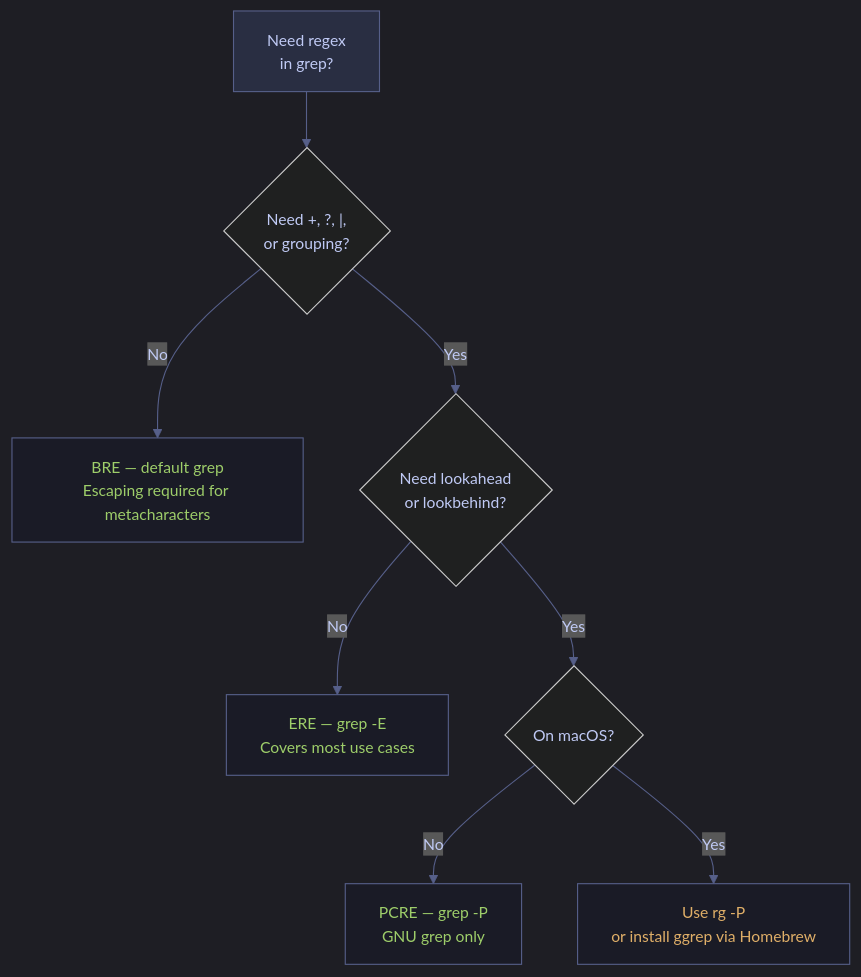
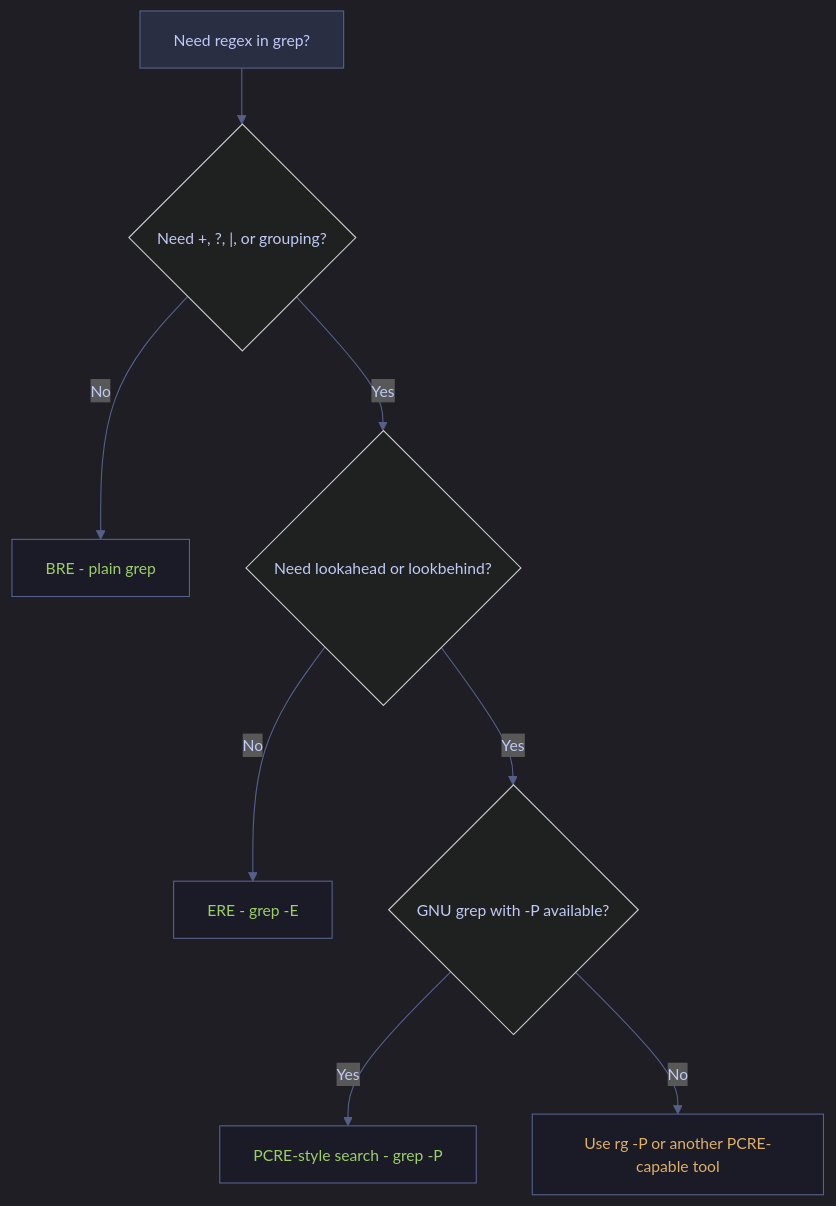
The first of 2 diagrams in content/01-Shell/03-Text-Processing/02-grep-and-pattern-matching.md (alp78/elysium), drawn with Mermaid before and after one commit. The commit also changed other lines of this file and 46 other files, not shown here.

````diff
--- a/content/01-Shell/03-Text-Processing/02-grep-and-pattern-matching.md
+++ b/content/01-Shell/03-Text-Processing/02-grep-and-pattern-matching.md
@@ -518,28 +502,28 @@
 ```mermaid
 %%{init: {'theme': 'dark', 'themeVariables': {
   'primaryColor': '#292e42',
   'primaryTextColor': '#c0caf5',
   'primaryBorderColor': '#565f89',
   'lineColor': '#565f89',
   'secondaryColor': '#1a1b26',
   'tertiaryColor': '#24283b',
   'noteTextColor': '#c0caf5',
   'noteBkgColor': '#292e42',
   'textColor': '#c0caf5',
   'fontSize': '14px'
 }}}%%
 flowchart TD
-    A["Need regex<br/>in grep?"] --> B{"Need +, ?, |,<br/>or grouping?"}
-    B -->|No| C["BRE — default grep<br/>Escaping required for metacharacters"]
-    B -->|Yes| D{"Need lookahead<br/>or lookbehind?"}
-    D -->|No| E["ERE — grep -E<br/>Covers most use cases"]
-    D -->|Yes| F{"On macOS?"}
-    F -->|No| G["PCRE — grep -P<br/>GNU grep only"]
-    F -->|Yes| H["Use rg -P<br/>or install ggrep via Homebrew"]
+    A["Need regex in grep?"] --> B{"Need +, ?, |, or grouping?"}
+    B -->|No| C["BRE - plain grep"]
+    B -->|Yes| D{"Need lookahead or lookbehind?"}
+    D -->|No| E["ERE - grep -E"]
+    D -->|Yes| F{"GNU grep with -P available?"}
+    F -->|Yes| G["PCRE-style search - grep -P"]
+    F -->|No| H["Use rg -P or another PCRE-capable tool"]
 
     style A fill:#292e42,stroke:#565f89,color:#c0caf5
     style C fill:#1a1b26,stroke:#565f89,color:#9ece6a
     style E fill:#1a1b26,stroke:#565f89,color:#9ece6a
     style G fill:#1a1b26,stroke:#565f89,color:#9ece6a
     style H fill:#1a1b26,stroke:#565f89,color:#e0af68
 ```
````
